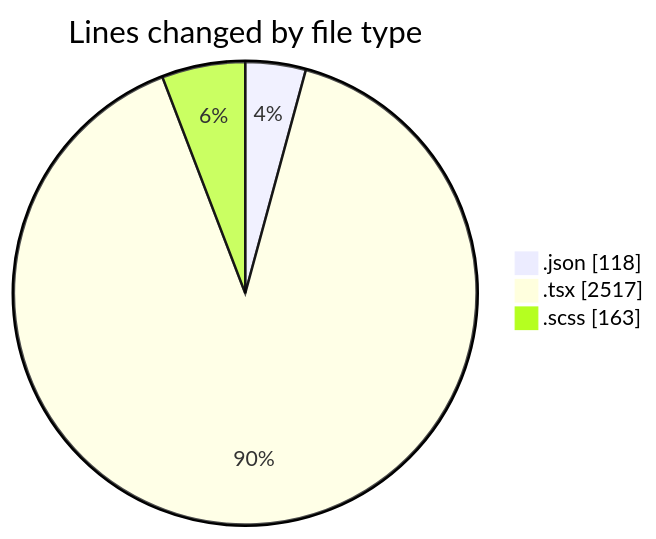
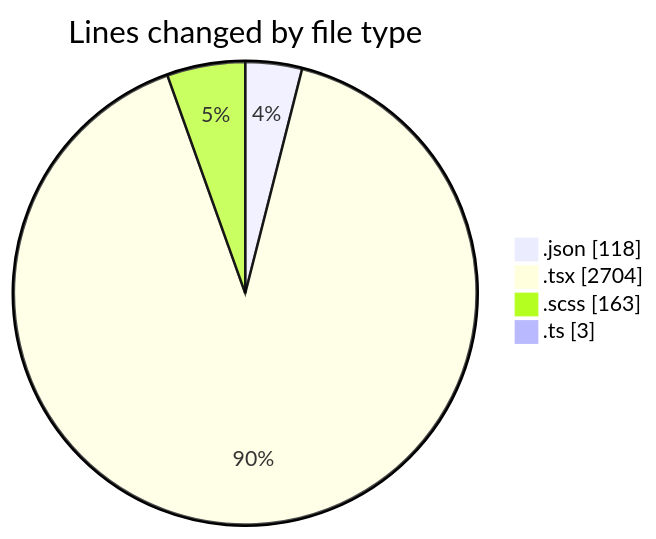
One commit to momahboobian/code-tracking changed the first of 2 diagrams in 2025-11-19/cda/README.md. Above: the diagram before and after it, drawn with Mermaid. The commit also changed other lines of this file and 1 other file, not shown here.

````diff
--- a/2025-11-19/cda/README.md
+++ b/2025-11-19/cda/README.md
@@ -24,7 +27,8 @@
 ```mermaid
 pie showData
 title Lines changed by file type
 ".json" : 118
-".tsx" : 2517
+".tsx" : 2704
 ".scss" : 163
+".ts" : 3
 ```
````
